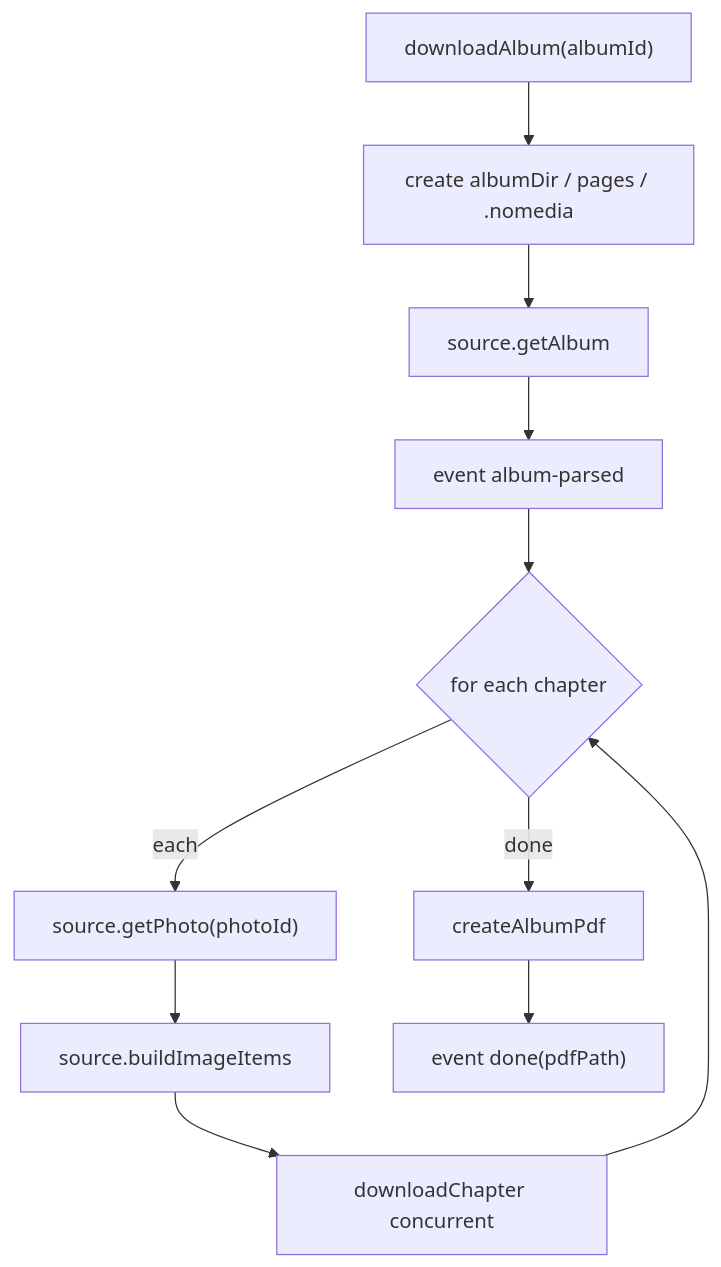
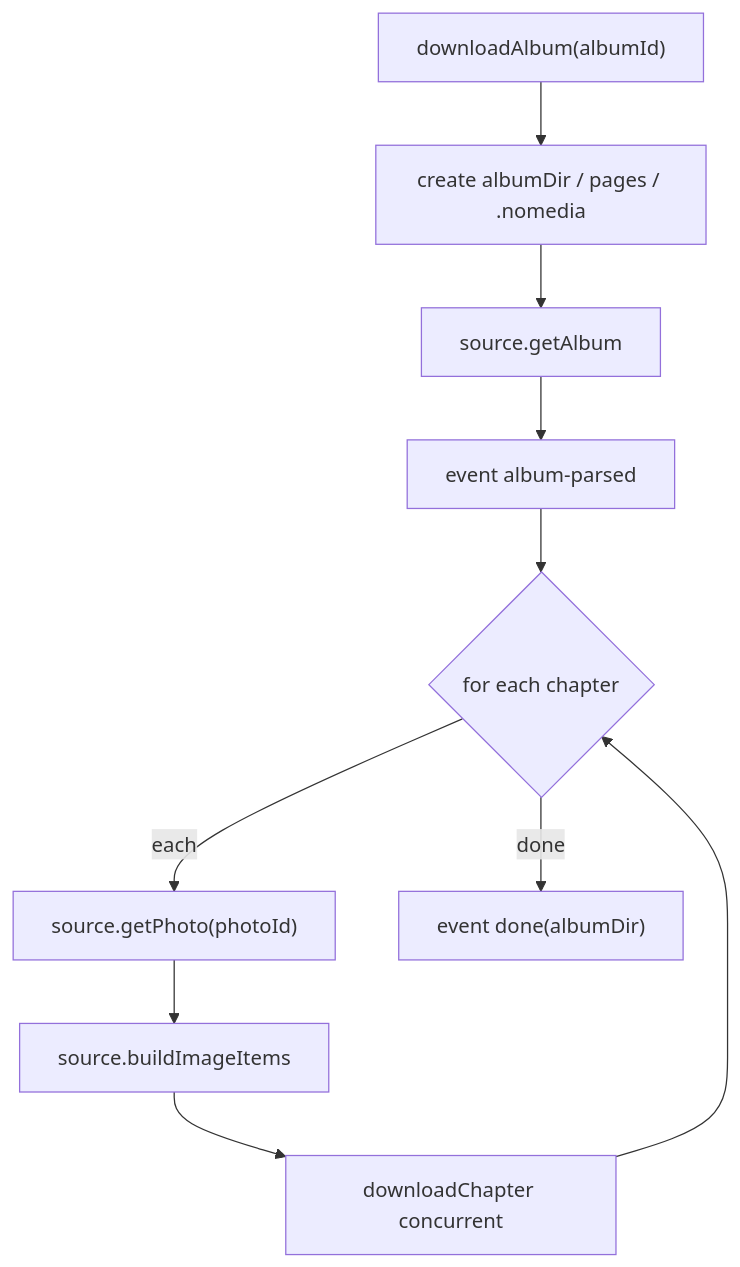
The first of 2 diagrams in docs/en/architecture/download.md (aDarkMaker/JMFM), drawn with Mermaid before and after one commit. The commit also changed other lines of this file and 11 other files, not shown here.

Commit message:
docs: sync pages-only download repair and cover preload flows

````diff
--- a/docs/en/architecture/download.md
+++ b/docs/en/architecture/download.md
@@ -9,13 +9,12 @@
 ```mermaid
 flowchart TD
     start["downloadAlbum(albumId)"] --> mk["create albumDir / pages / .nomedia"]
     mk --> album["source.getAlbum"]
     album --> ev1["event album-parsed"]
     ev1 --> loop{"for each chapter"}
     loop -->|each| ph["source.getPhoto(photoId)"]
     ph --> items["source.buildImageItems"]
     items --> chap["downloadChapter concurrent"]
     chap --> loop
-    loop -->|done| pdf["createAlbumPdf"]
-    pdf --> ev2["event done(pdfPath)"]
+    loop -->|done| done["event done(albumDir)"]
 ```
````
